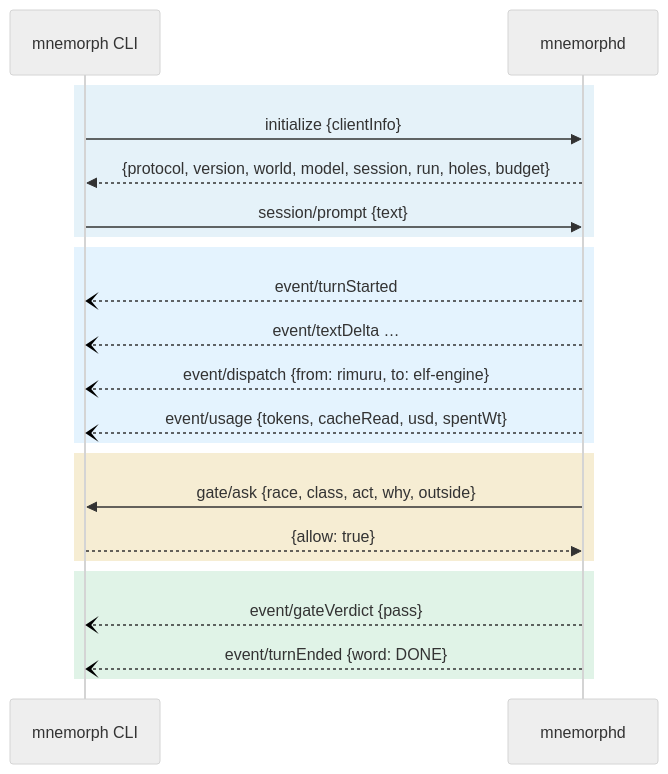
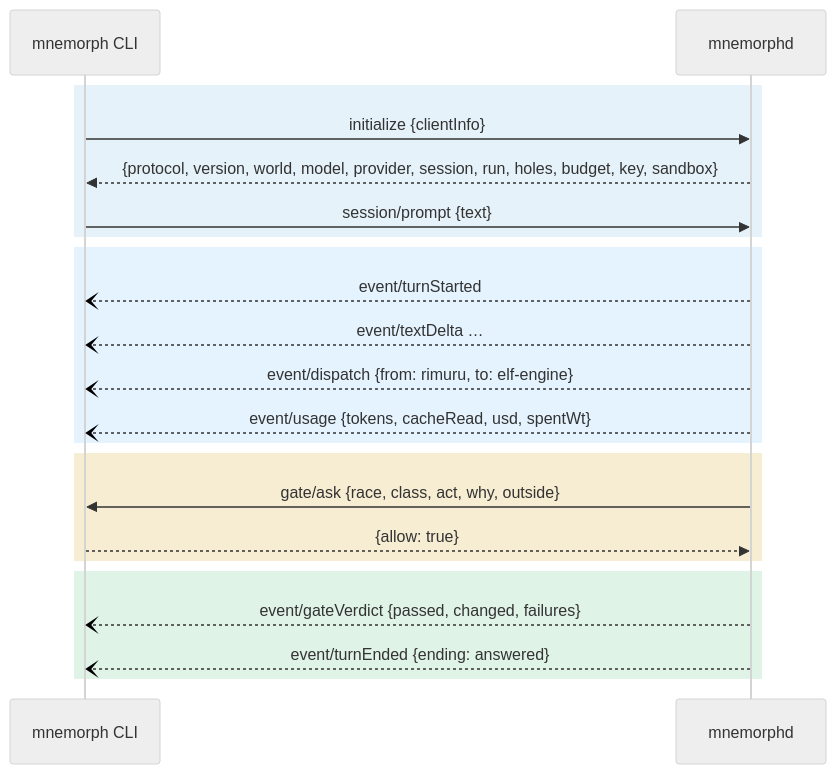
The fourth of 4 diagrams in docs/04-communication.md (Kaginari/mnemorph), drawn with Mermaid before and after one commit. The commit also changed other lines of this file and 28 other files, not shown here.

````diff
--- a/docs/04-communication.md
+++ b/docs/04-communication.md
@@ -258,31 +258,31 @@
 ```mermaid
 ---
 config:
   look: handDrawn
   theme: neutral
   flowchart:
     wrappingWidth: 360
 ---
 sequenceDiagram
     participant CLI as mnemorph CLI
     participant D as mnemorphd
     rect rgba(2,132,199,0.10)
     CLI->>D: initialize {clientInfo}
-    D-->>CLI: {protocol, version, world, model, session, run, holes, budget}
+    D-->>CLI: {protocol, version, world, model, provider, session, run, holes, budget, key, sandbox}
     CLI->>D: session/prompt {text}
     end
     rect rgba(63,169,245,0.14)
     D--)CLI: event/turnStarted
     D--)CLI: event/textDelta …
     D--)CLI: event/dispatch {from: rimuru, to: elf-engine}
     D--)CLI: event/usage {tokens, cacheRead, usd, spentWt}
     end
     rect rgba(212,175,55,0.22)
     D->>CLI: gate/ask {race, class, act, why, outside}
     CLI-->>D: {allow: true}
     end
     rect rgba(22,163,74,0.13)
-    D--)CLI: event/gateVerdict {pass}
-    D--)CLI: event/turnEnded {word: DONE}
+    D--)CLI: event/gateVerdict {passed, changed, failures}
+    D--)CLI: event/turnEnded {ending: answered}
     end
 ```
````
